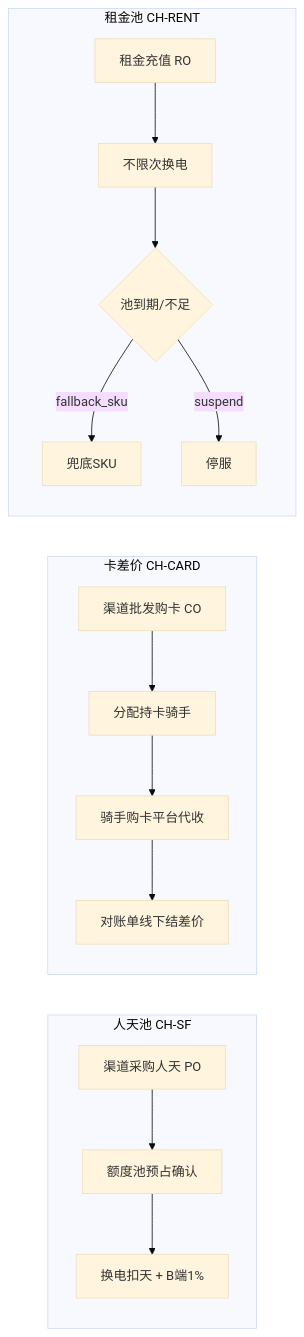
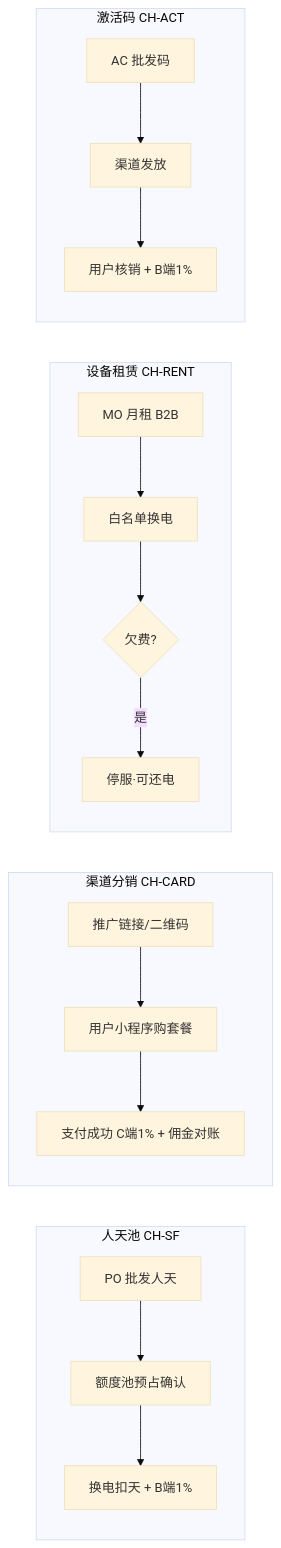
Before and after one commit to liudali/rider-swap-operator-prototype: diagram 17 of 17 in docs/功能结构与业务流程.md, drawn with Mermaid (base theme). The commit also changed other lines of this file and 54 other files, not shown here.

````diff
--- a/docs/功能结构与业务流程.md
+++ b/docs/功能结构与业务流程.md
@@ -577,18 +580,20 @@
 ```mermaid
 flowchart LR
   subgraph day [人天池 CH-SF]
-    D1[渠道采购人天 PO] --> D2[额度池预占确认]
+    D1[PO 批发人天] --> D2[额度池预占确认]
     D2 --> D3[换电扣天 + B端1%]
   end
-  subgraph card [卡差价 CH-CARD]
-    C1[渠道批发购卡 CO] --> C2[分配持卡骑手]
-    C2 --> C3[骑手购卡平台代收]
-    C3 --> C4[对账单线下结差价]
+  subgraph dist [渠道分销 CH-CARD]
+    C1[推广链接/二维码] --> C2[用户小程序购套餐]
+    C2 --> C3[支付成功 C端1% + 佣金对账]
   end
-  subgraph rent [租金池 CH-RENT]
-    R1[租金充值 RO] --> R2[不限次换电]
-    R2 --> R3{池到期/不足}
-    R3 -->|fallback_sku| R4[兜底SKU]
-    R3 -->|suspend| R5[停服]
+  subgraph lease [设备租赁 CH-RENT]
+    L1[MO 月租 B2B] --> L2[白名单换电]
+    L2 --> L3{欠费?}
+    L3 -->|是| L4[停服·可还电]
+  end
+  subgraph act [激活码 CH-ACT]
+    A1[AC 批发码] --> A2[渠道发放]
+    A2 --> A3[用户核销 + B端1%]
   end
 ```
````
